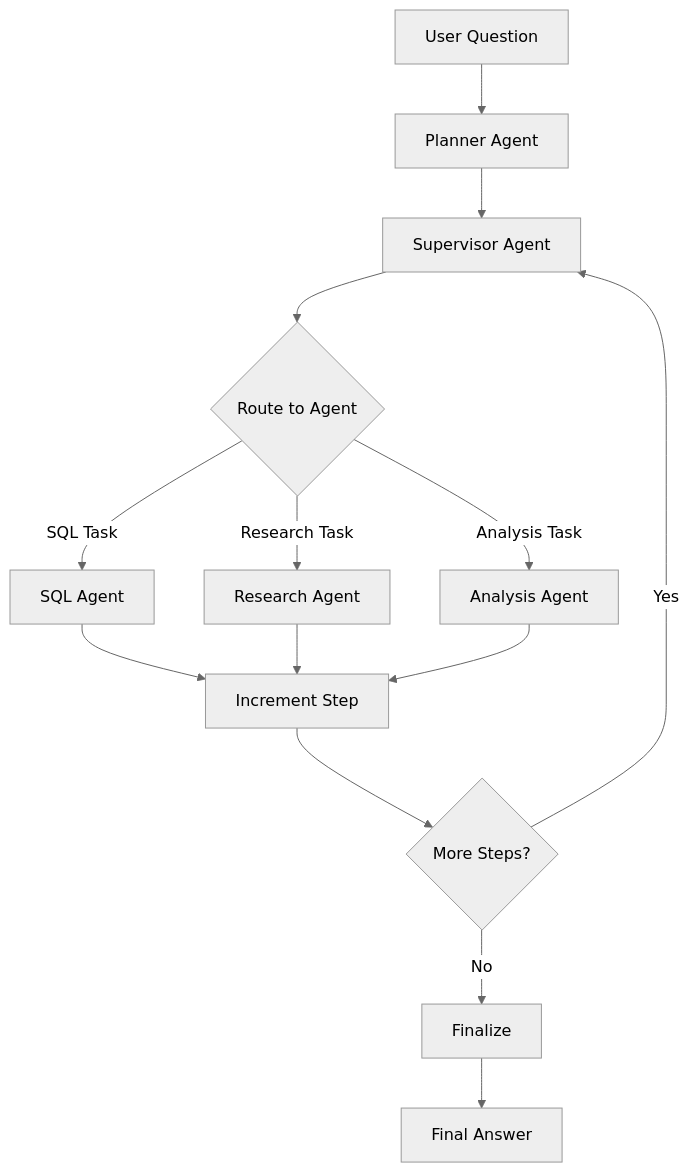
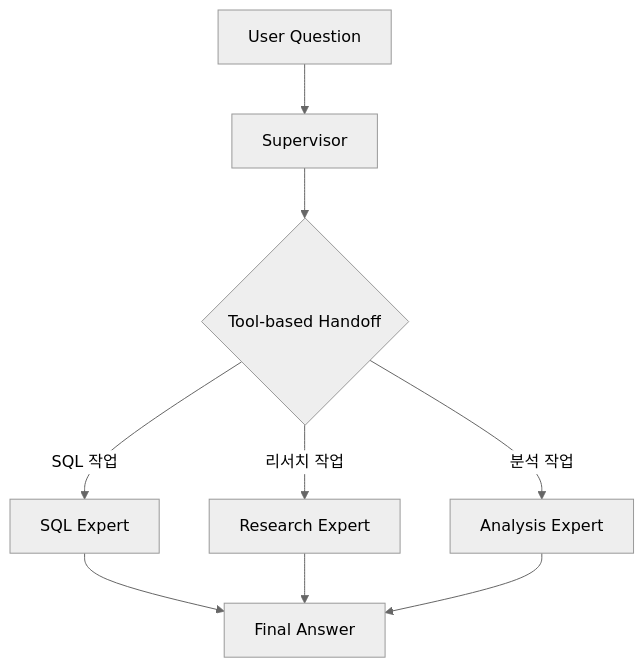
Before and after one commit to pic123123/python-fastapi-text2sql-demo: the diagram in docs/walkthrough.md, drawn with Mermaid (neutral theme). The commit also changed other lines of this file and 15 other files, not shown here.

````diff
--- a/docs/walkthrough.md
+++ b/docs/walkthrough.md
@@ -9,16 +13,11 @@
 ```mermaid
 graph TD
-    A[User Question] --> B[Planner Agent]
-    B --> C[Supervisor Agent]
-    C --> D{Route to Agent}
-    D -->|SQL Task| E[SQL Agent]
-    D -->|Research Task| F[Research Agent]
-    D -->|Analysis Task| G[Analysis Agent]
-    E --> H[Increment Step]
-    F --> H
-    G --> H
-    H --> I{More Steps?}
-    I -->|Yes| C
-    I -->|No| J[Finalize]
-    J --> K[Final Answer]
+    A[User Question] --> B[Supervisor]
+    B --> C{Tool-based Handoff}
+    C -->|SQL 작업| D[SQL Expert]
+    C -->|리서치 작업| E[Research Expert]
+    C -->|분석 작업| F[Analysis Expert]
+    D --> G[Final Answer]
+    E --> G
+    F --> G
 ```
````
